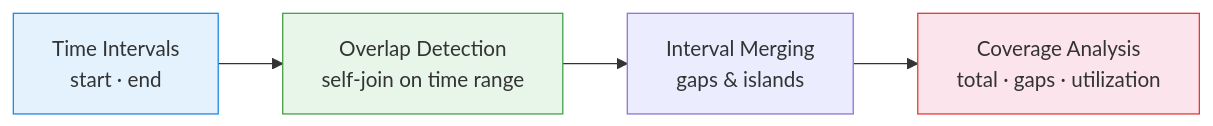
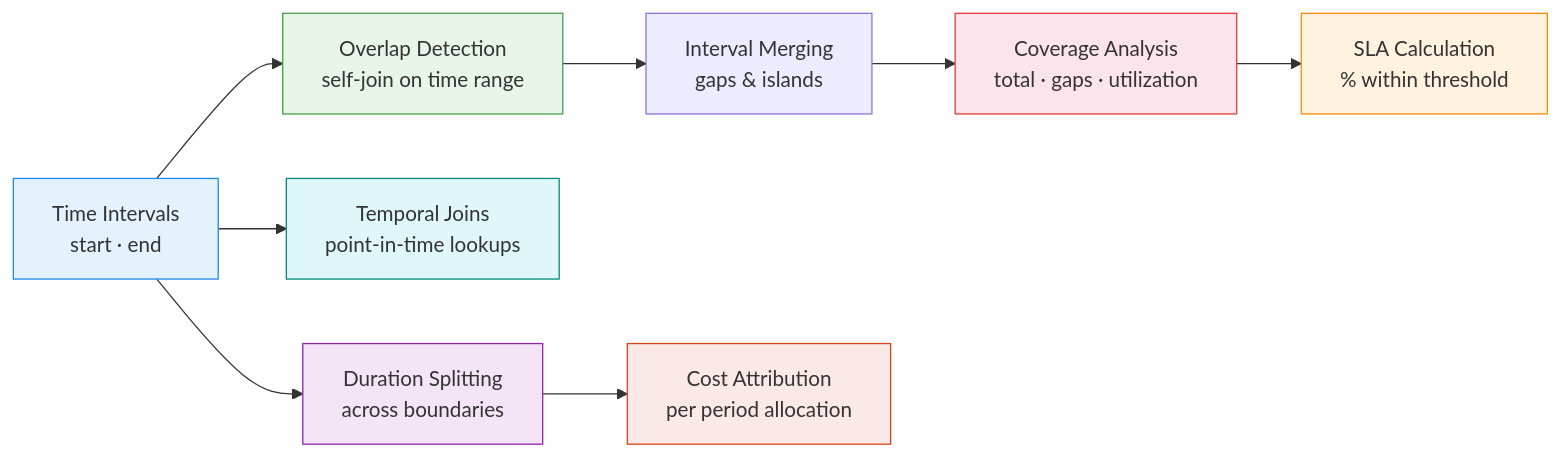
The first of 2 diagrams in spark-sql/docs/patterns/timeseries/analysis/interval_analytics.md (mahfooziiitian/spark-batch), drawn with Mermaid before and after one commit. The commit also changed other lines of this file and 4 other files, not shown here.

````diff
--- a/spark-sql/docs/patterns/timeseries/analysis/interval_analytics.md
+++ b/spark-sql/docs/patterns/timeseries/analysis/interval_analytics.md
@@ -10,10 +11,18 @@
 ```mermaid
 flowchart LR
     INTERVALS[Time Intervals\nstart · end] --> OVERLAP[Overlap Detection\nself-join on time range]
+    INTERVALS --> TEMPORAL[Temporal Joins\npoint-in-time lookups]
     OVERLAP --> MERGE[Interval Merging\ngaps & islands]
     MERGE --> COVERAGE[Coverage Analysis\ntotal · gaps · utilization]
+    COVERAGE --> SLA[SLA Calculation\n% within threshold]
+    INTERVALS --> SPLIT[Duration Splitting\nacross boundaries]
+    SPLIT --> COST[Cost Attribution\nper period allocation]
 
     style INTERVALS fill:#e3f2fd,stroke:#1e88e5
     style OVERLAP fill:#e8f5e9,stroke:#43a047
     style COVERAGE fill:#fce4ec,stroke:#e53935
+    style SLA fill:#fff3e0,stroke:#fb8c00
+    style SPLIT fill:#f3e5f5,stroke:#8e24aa
+    style TEMPORAL fill:#e0f7fa,stroke:#00897b
+    style COST fill:#fbe9e7,stroke:#d84315
 ```
````
